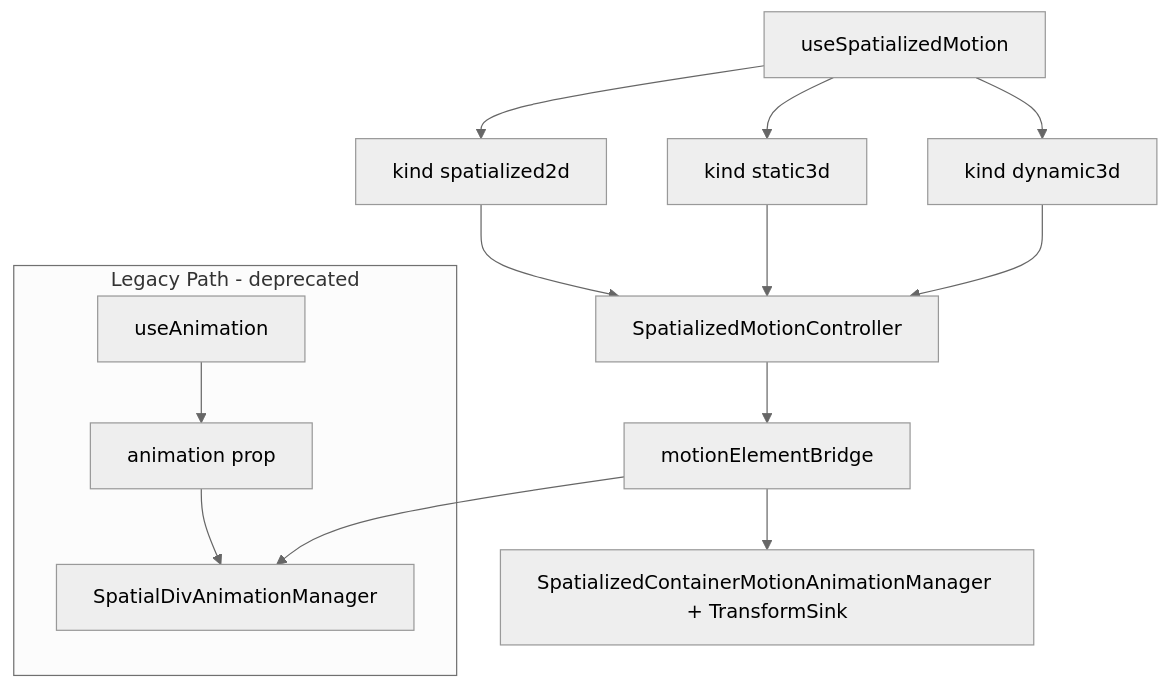
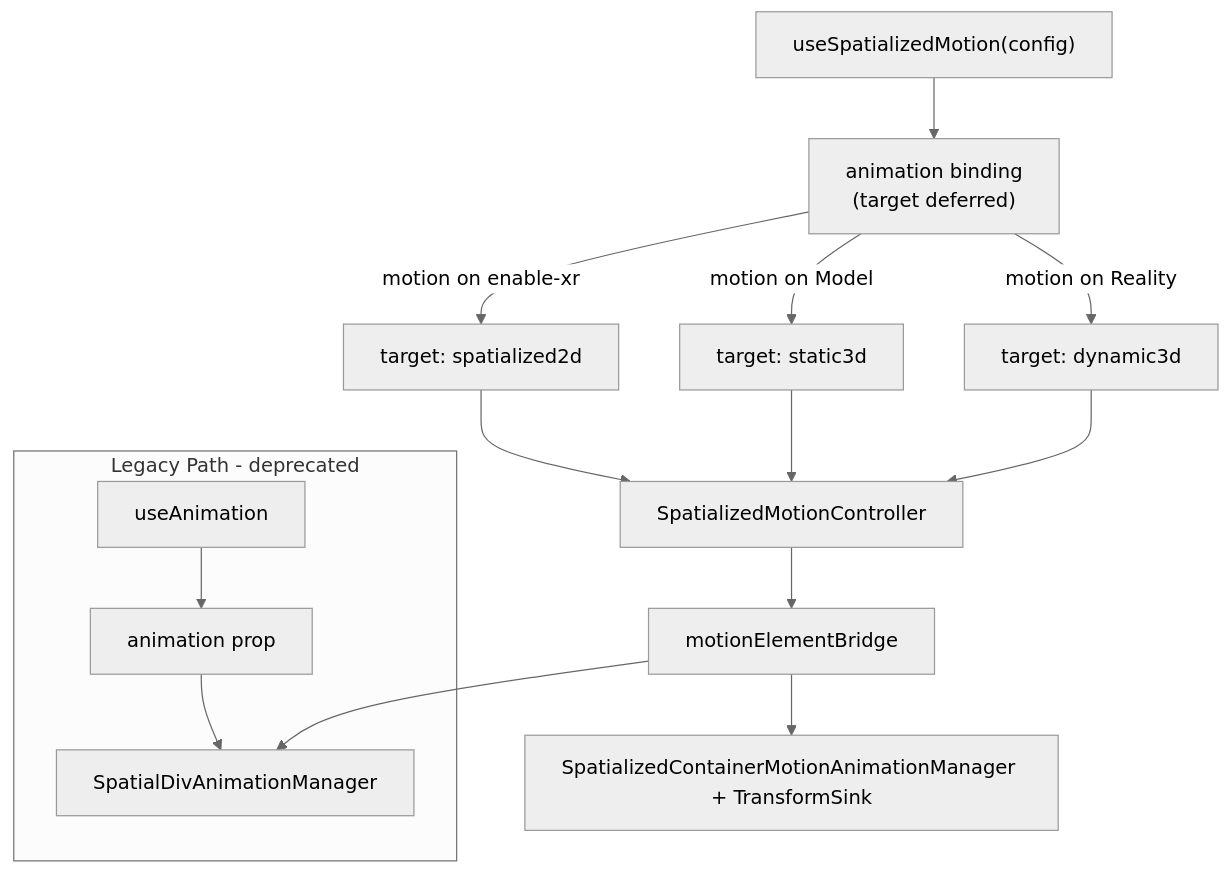
Before and after one commit to webspatial/webspatial-sdk: the diagram in openspec/changes/spatialized-element-motion-api/design.md, drawn with Mermaid (neutral theme). The commit also changed other lines of this file and 18 other files, not shown here.

````diff
--- a/openspec/changes/spatialized-element-motion-api/design.md
+++ b/openspec/changes/spatialized-element-motion-api/design.md
@@ -42,18 +42,19 @@
 ```mermaid
 flowchart TB
-  Hook[useSpatializedMotion]
-  Hook --> K2D[kind spatialized2d]
-  Hook --> K3D[kind static3d]
-  Hook --> KD3[kind dynamic3d]
-  K2D --> Core[SpatializedMotionController]
-  K3D --> Core
-  KD3 --> Core
+  Hook["useSpatializedMotion(config)"] --> Binding["animation binding
+(target deferred)"]
+  Binding --> |"motion on enable-xr"| Resolve2D["target: spatialized2d"]
+  Binding --> |"motion on Model"| Resolve3D["target: static3d"]
+  Binding --> |"motion on Reality"| ResolveD3["target: dynamic3d"]
+  Resolve2D --> Core[SpatializedMotionController]
+  Resolve3D --> Core
+  ResolveD3 --> Core
   Core --> Bridge[motionElementBridge]
   Bridge --> N2D[SpatialDivAnimationManager]
   Bridge --> N3D[SpatializedContainerMotionAnimationManager + TransformSink]
   
   subgraph Legacy[Legacy Path - deprecated]
     LegacyHook[useAnimation] --> LegacyBinding[animation prop]
     LegacyBinding --> N2D
   end
 ```
````
